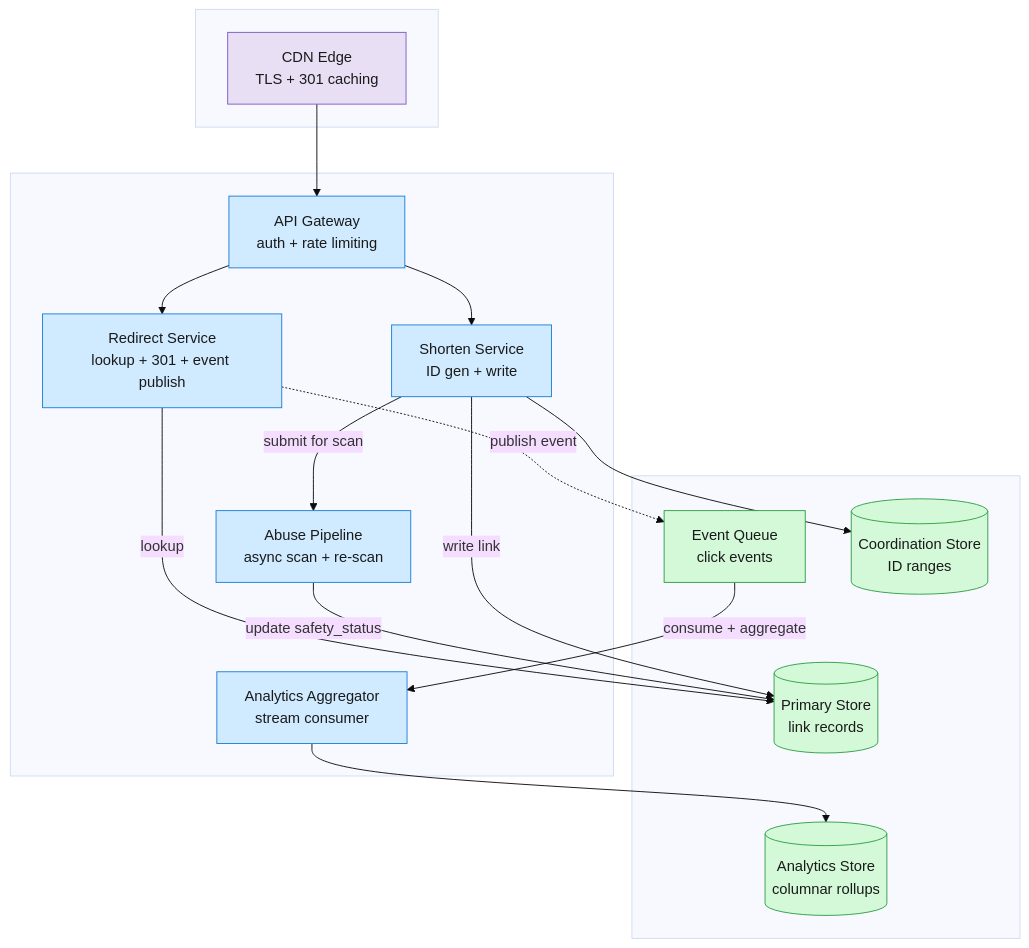
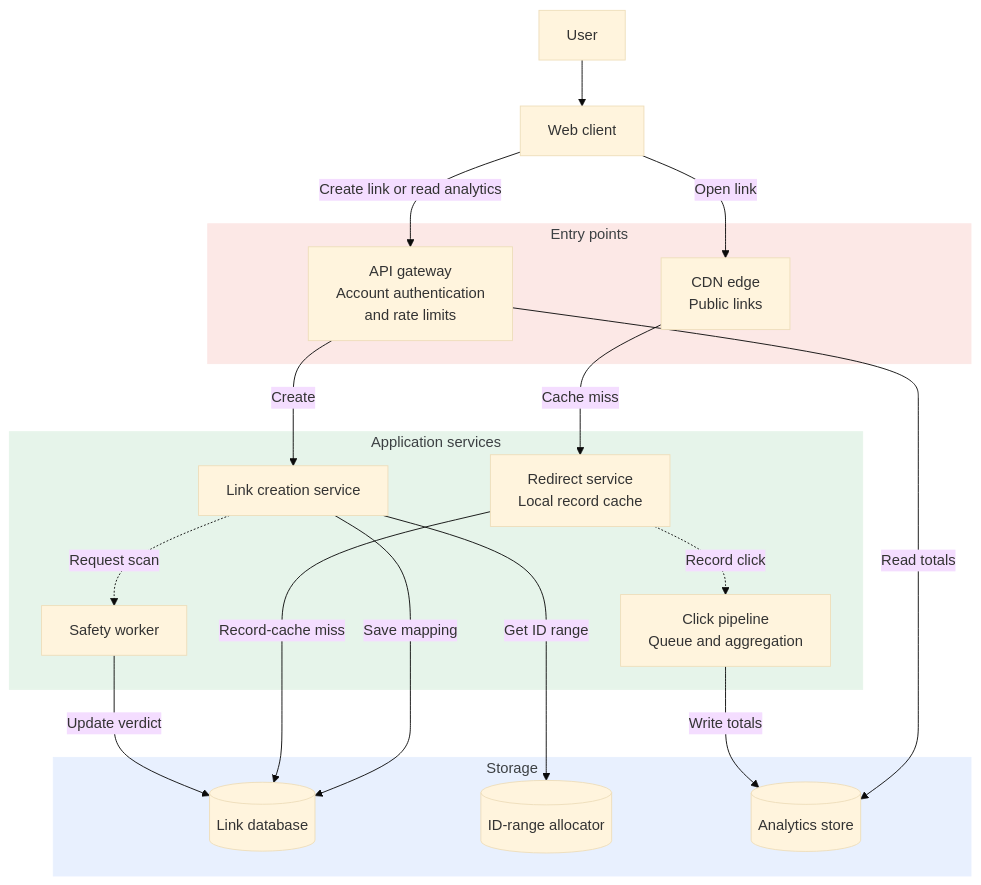
One commit to iliazlobin/iliazlobin.github.io changed the first of 6 diagrams in _designs/system-design-bitly-url-shortener.md. Above: the diagram before and after it, drawn with Mermaid (base theme). The commit also changed other lines of this file and 108 other files, not shown here.

First line of the commit message:
Publish the reviewed local website update (#204)

````diff
--- a/_designs/system-design-bitly-url-shortener.md
+++ b/_designs/system-design-bitly-url-shortener.md
@@ -100,40 +159,36 @@
 ```mermaid
-graph TB
-    subgraph Ingress[" "]
-        CDN[CDN Edge<br/>TLS + 301 caching]
+flowchart TB
+    accTitle: Bitly high-level design
+    accDescr: Public redirects and authenticated creation have separate entry points, with link storage, ID allocation and background safety and click processing.
+    User["User"] --> Web["Web client"]
+    subgraph Entry["Entry points"]
+        CDN["CDN edge<br>Public links"]
+        API["API gateway<br>Account authentication<br>and rate limits"]
     end
-
-    subgraph Services[" "]
-        API[API Gateway<br/>auth + rate limiting]
-        Shorten[Shorten Service<br/>ID gen + write]
-        Rdr[Redirect Service<br/>lookup + 301 + event publish]
-        Abuse[Abuse Pipeline<br/>async scan + re-scan]
-        Agg[Analytics Aggregator<br/>stream consumer]
+    subgraph Services["Application services"]
+        Shorten["Link creation service"]
+        Redirect["Redirect service<br>Local record cache"]
+        Safety["Safety worker"]
+        Clicks["Click pipeline<br>Queue and aggregation"]
     end
-
-    subgraph Stores[" "]
-        BT[(Primary Store<br/>link records)]
-        CQ[Event Queue<br/>click events]
-        CH[(Analytics Store<br/>columnar rollups)]
-        ZK[(Coordination Store<br/>ID ranges)]
+    subgraph Data["Storage"]
+        Links[("Link database")]
+        Allocator[("ID-range allocator")]
+        Rollups[("Analytics store")]
     end
-
-    CDN --> API
-    API --> Shorten
-    API --> Rdr
-    Shorten --> ZK
-    Shorten -->|write link| BT
-    Shorten -->|submit for scan| Abuse
-    Abuse -->|update safety_status| BT
-    Rdr -->|lookup| BT
-    Rdr -.->|publish event| CQ
-    CQ -->|consume + aggregate| Agg
-    Agg --> CH
-
-    classDef ingress fill:#e8dff5,stroke:#7c5cbf,color:#1a1a1a
-    classDef svc fill:#d0ebff,stroke:#1c7ed6,color:#1a1a1a
-    classDef store fill:#d3f9d8,stroke:#2f9e44,color:#1a1a1a
-    class CDN ingress
-    class API,Shorten,Rdr,Abuse,Agg svc
-    class BT,CQ,CH,ZK store
+    Web -->|Open link| CDN
+    Web -->|Create link or read analytics| API
+    CDN -->|Cache miss| Redirect
+    API -->|Create| Shorten
+    API -->|Read totals| Rollups
+    Shorten -->|Get ID range| Allocator
+    Shorten -->|Save mapping| Links
+    Shorten -.->|Request scan| Safety
+    Redirect -->|Record-cache miss| Links
+    Redirect -.->|Record click| Clicks
+    Clicks -->|Write totals| Rollups
+    Safety -->|Update verdict| Links
+    style Entry fill:#fce8e6,stroke:#fce8e6,color:#3c4043
+    style Services fill:#e6f4ea,stroke:#e6f4ea,color:#3c4043
+    style Data fill:#e8f0fe,stroke:#e8f0fe,color:#3c4043
 ```
````
